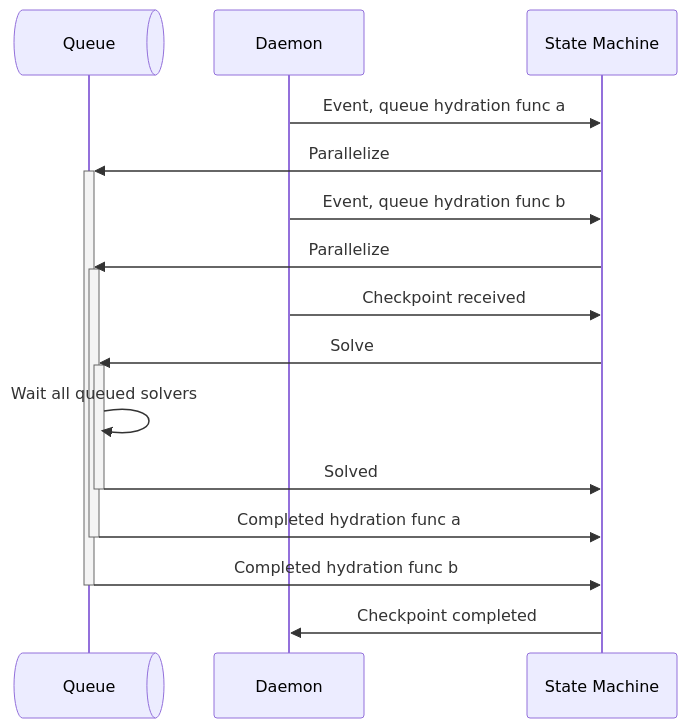
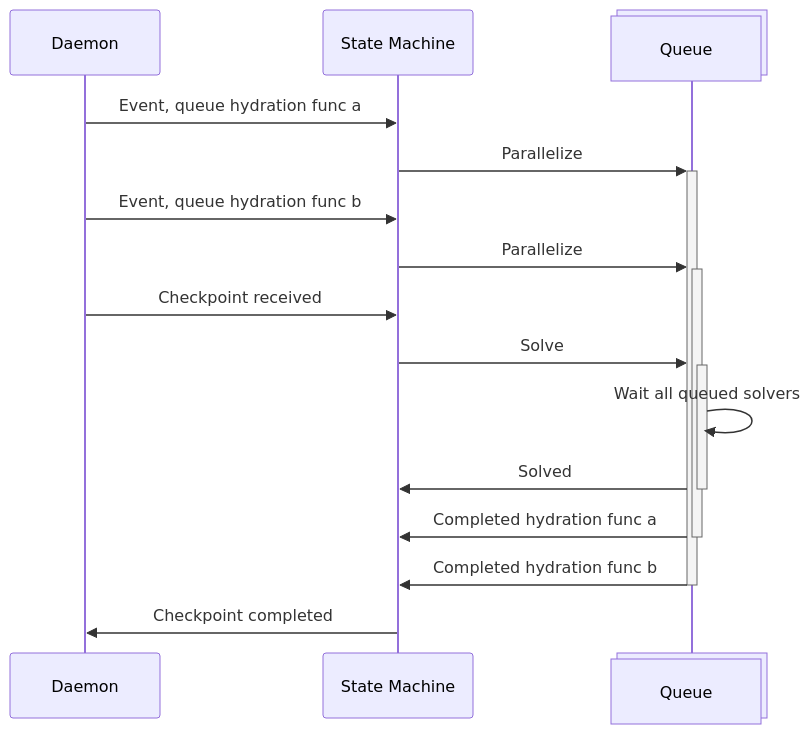
Before and after one commit to NVX-ai/nvx-consistent-api: the diagram in docs/release-details/01-the-hive.md, drawn with Mermaid. The commit also changed other lines of this file, not shown here.

````diff
--- a/docs/release-details/01-the-hive.md
+++ b/docs/release-details/01-the-hive.md
@@ -7,16 +7,17 @@
 ```mermaid
 sequenceDiagram
-  participant Queue@{ "type" : "queue" }
-
+  participant Daemon
+  participant State Machine
+  participant Queue@{ "type" : "collections" }
   Daemon->>State Machine:Event, queue hydration func a
   State Machine->>+Queue:Parallelize
   Daemon->>State Machine:Event, queue hydration func b
   State Machine->>+Queue:Parallelize
   Daemon->>State Machine:Checkpoint received
   State Machine->>+Queue:Solve
   Queue->>Queue:Wait all queued solvers
   Queue->>-State Machine:Solved
   Queue->>-State Machine:Completed hydration func a
   Queue->>-State Machine:Completed hydration func b
   State Machine->>Daemon:Checkpoint completed
 ```
````
